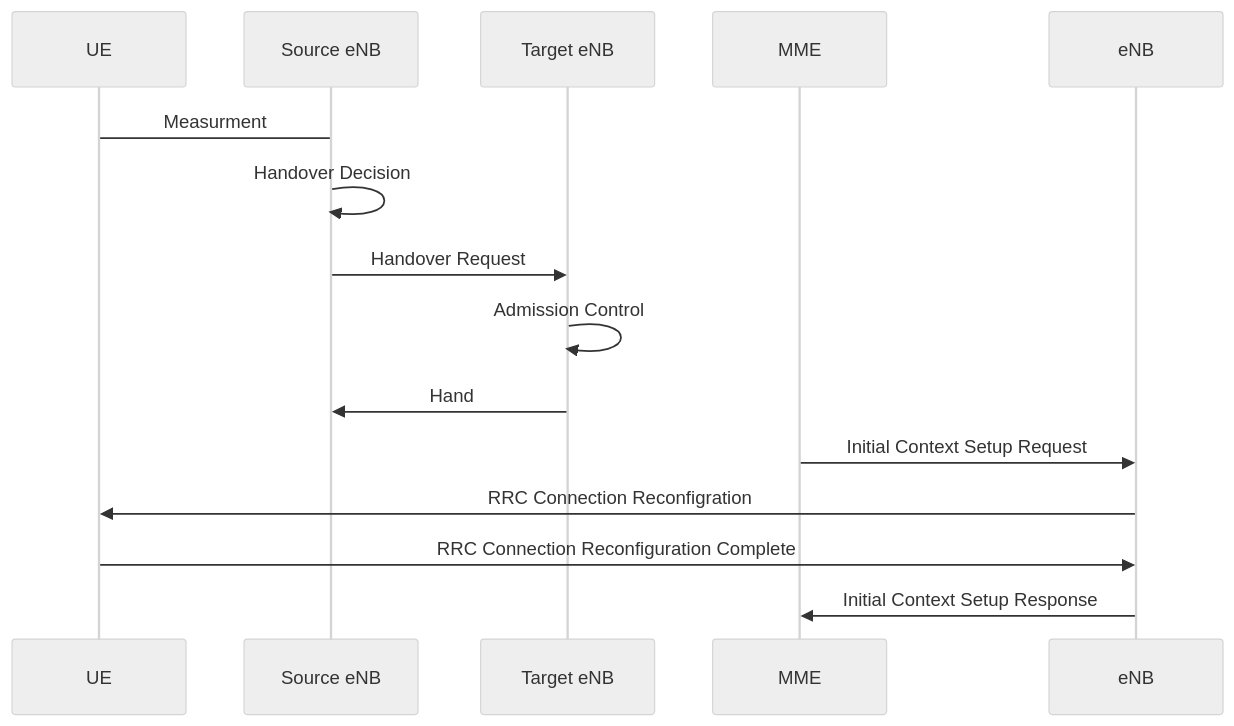
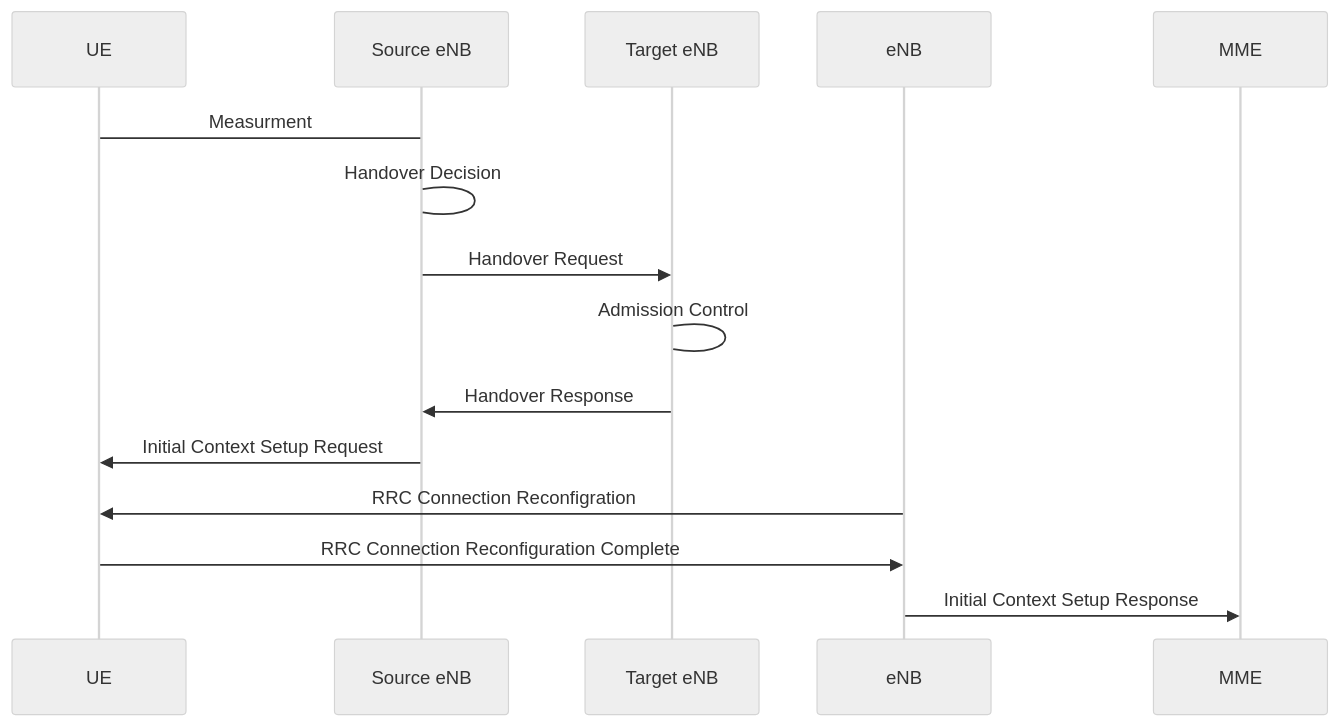
The fourth of 4 diagrams in ARM.md (ThomasRochette/NoteCours), drawn with Mermaid (neutral theme) before and after one commit. The commit also changed other lines of this file, not shown here.

Commit message:
Uploaded by https://stackedit.io/

````diff
--- a/ARM.md
+++ b/ARM.md
@@ -133,12 +133,12 @@
 ```mermaid
 sequenceDiagram
 UE -> Source eNB: Measurment
-Source eNB ->> Source eNB: Handover Decision
+Source eNB -> Source eNB: Handover Decision
 Source eNB ->> Target eNB: Handover Request
-Target eNB ->> Target eNB: Admission Control
-Target eNB ->> Source eNB: Hand
-MME ->> eNB: Initial Context Setup Request
+Target eNB -> Target eNB: Admission Control
+Target eNB ->> Source eNB: Handover Response
+Source eNB ->> UE: Initial Context Setup Request
 eNB ->> UE: RRC Connection Reconfigration 
 UE ->> eNB: RRC Connection Reconfiguration Complete
 eNB ->> MME: Initial Context Setup Response
 ```
````
